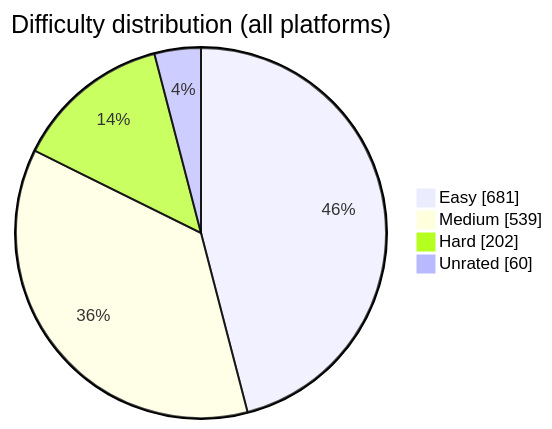
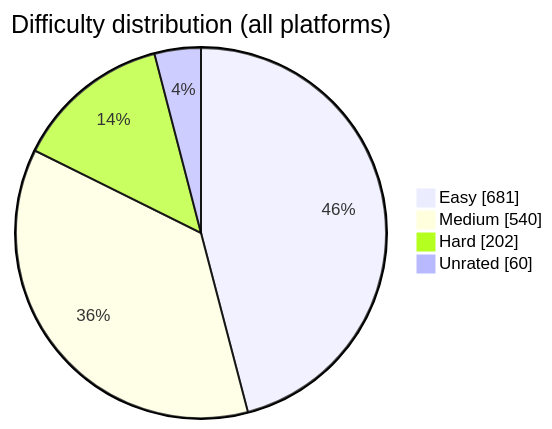
Before and after one commit to BuildbyArindam/Daily-Coding-Log: the diagram in README.md, drawn with Mermaid. The commit also changed other lines of this file, not shown here.

````diff
--- a/README.md
+++ b/README.md
@@ -93,7 +93,7 @@
 ```mermaid
 pie showData title Difficulty distribution (all platforms)
     "Easy" : 681
-    "Medium" : 539
+    "Medium" : 540
     "Hard" : 202
     "Unrated" : 60
 ```
````
